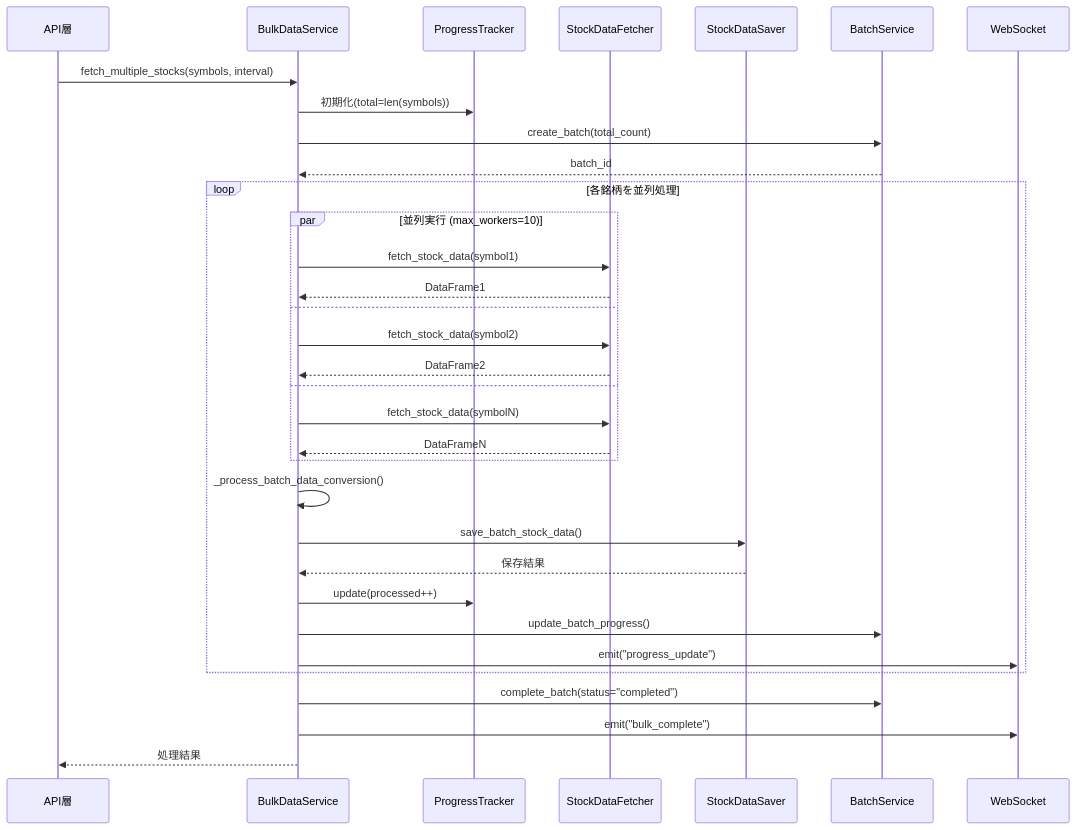
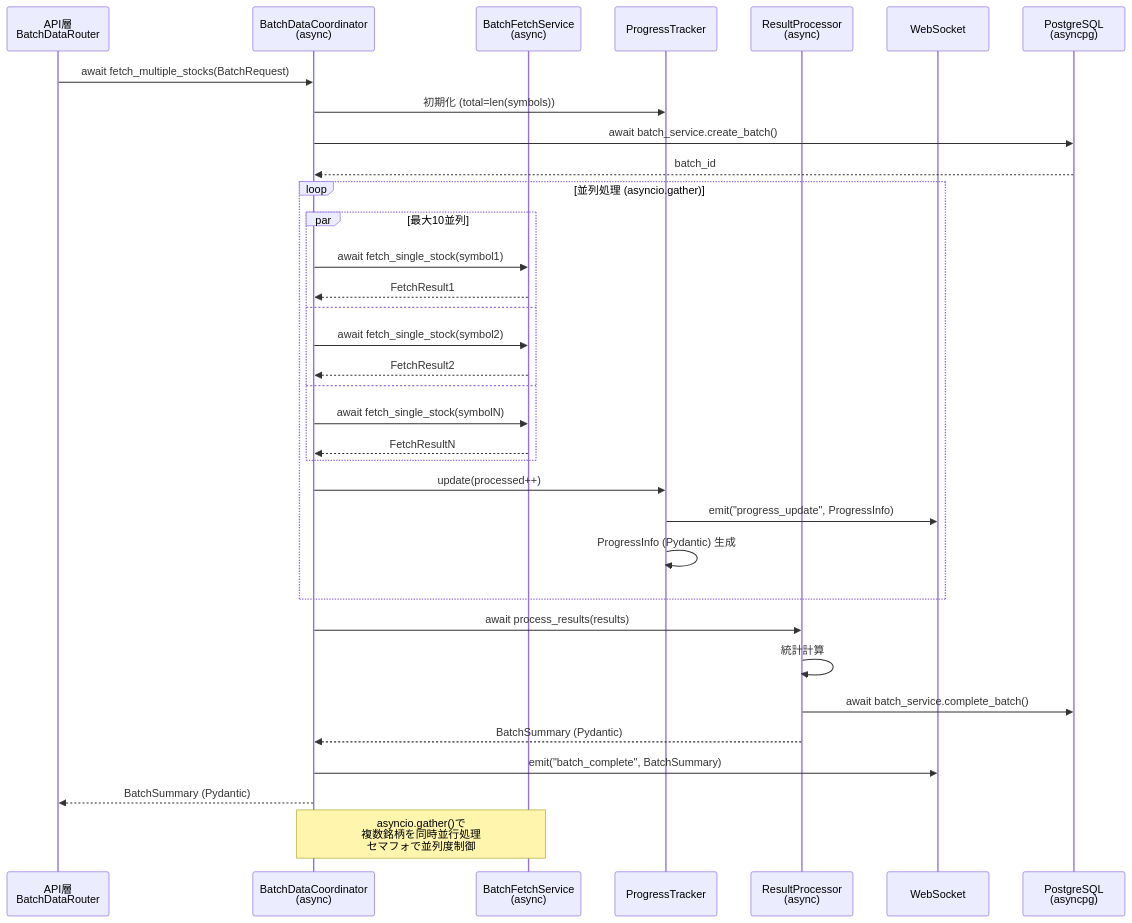
The eighth of 9 diagrams in docs/architecture/layers/service_layer.md (TIMMY-WEST/STOCK-INVESTMENT-ANALYZER), drawn with Mermaid before and after one commit. The commit also changed other lines of this file and 2 other files, not shown here.

````diff
--- a/docs/architecture/layers/service_layer.md
+++ b/docs/architecture/layers/service_layer.md
@@ -341,40 +638,42 @@
 ```mermaid
 sequenceDiagram
-    participant API as API層
-    participant Bulk as BulkDataService
-    participant Tracker as ProgressTracker
-    participant Fetcher as StockDataFetcher
-    participant Saver as StockDataSaver
-    participant Batch as BatchService
+    participant API as API層<br/>BatchDataRouter
+    participant Coord as BatchDataCoordinator<br/>(async)
+    participant Fetch as BatchFetchService<br/>(async)
+    participant Progress as ProgressTracker
+    participant Processor as ResultProcessor<br/>(async)
     participant WS as WebSocket
+    participant DB as PostgreSQL<br/>(asyncpg)
 
-    API->>Bulk: fetch_multiple_stocks(symbols, interval)
-    Bulk->>Tracker: 初期化(total=len(symbols))
-    Bulk->>Batch: create_batch(total_count)
-    Batch-->>Bulk: batch_id
+    API->>Coord: await fetch_multiple_stocks(BatchRequest)
+    Coord->>Progress: 初期化 (total=len(symbols))
+    Coord->>DB: await batch_service.create_batch()
+    DB-->>Coord: batch_id
 
-    loop 各銘柄を並列処理
-        par 並列実行 (max_workers=10)
-            Bulk->>Fetcher: fetch_stock_data(symbol1)
-            Fetcher-->>Bulk: DataFrame1
+    loop 並列処理 (asyncio.gather)
+        par 最大10並列
+            Coord->>Fetch: await fetch_single_stock(symbol1)
+            Fetch-->>Coord: FetchResult1
         and
-            Bulk->>Fetcher: fetch_stock_data(symbol2)
-            Fetcher-->>Bulk: DataFrame2
+            Coord->>Fetch: await fetch_single_stock(symbol2)
+            Fetch-->>Coord: FetchResult2
         and
-            Bulk->>Fetcher: fetch_stock_data(symbolN)
-            Fetcher-->>Bulk: DataFrameN
+            Coord->>Fetch: await fetch_single_stock(symbolN)
+            Fetch-->>Coord: FetchResultN
         end
 
-        Bulk->>Bulk: _process_batch_data_conversion()
-        Bulk->>Saver: save_batch_stock_data()
-        Saver-->>Bulk: 保存結果
-
-        Bulk->>Tracker: update(processed++)
-        Bulk->>Batch: update_batch_progress()
-        Bulk->>WS: emit("progress_update")
+        Coord->>Progress: update(processed++)
+        Progress->>WS: emit("progress_update", ProgressInfo)
+        Progress->>Progress: ProgressInfo (Pydantic) 生成
     end
 
-    Bulk->>Batch: complete_batch(status="completed")
-    Bulk->>WS: emit("bulk_complete")
-    Bulk-->>API: 処理結果
+    Coord->>Processor: await process_results(results)
+    Processor->>Processor: 統計計算
+    Processor->>DB: await batch_service.complete_batch()
+    Processor-->>Coord: BatchSummary (Pydantic)
+
+    Coord->>WS: emit("batch_complete", BatchSummary)
+    Coord-->>API: BatchSummary (Pydantic)
+
+    Note over Coord,Fetch: asyncio.gather()で<br/>複数銘柄を同時並行処理<br/>セマフォで並列度制御
 ```
````
